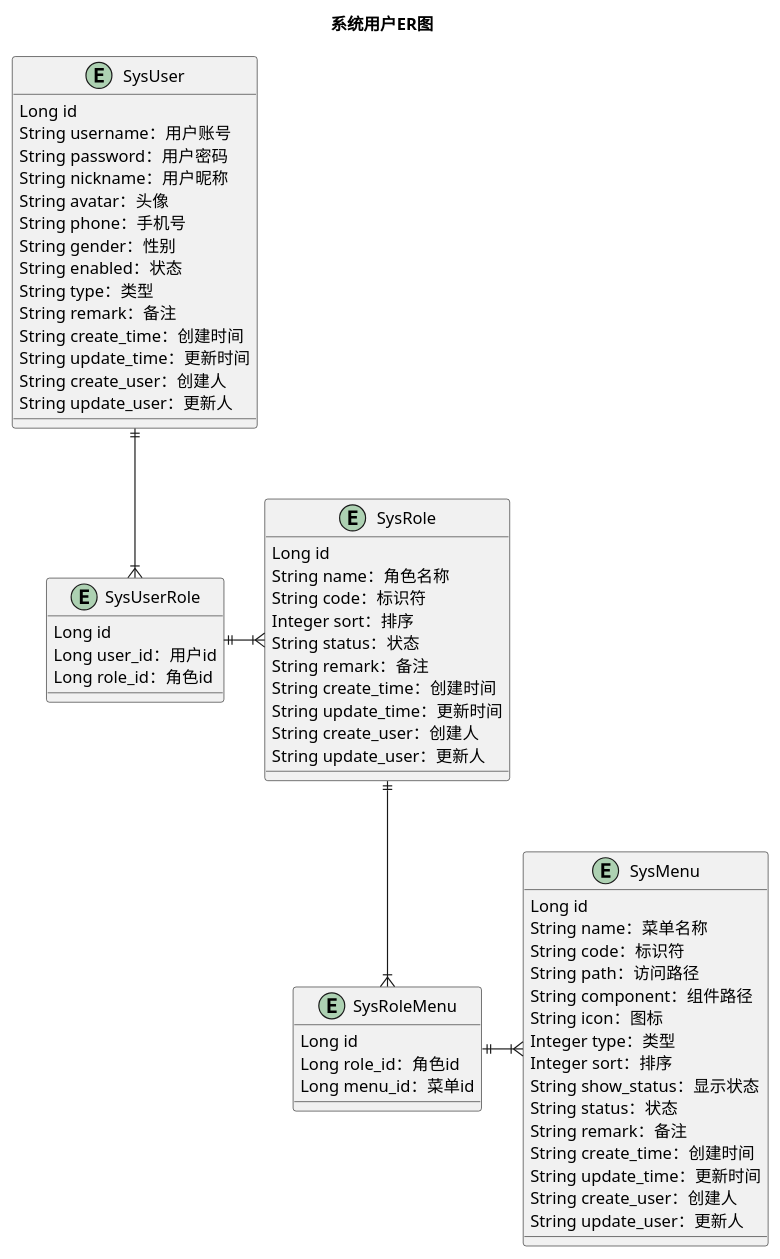
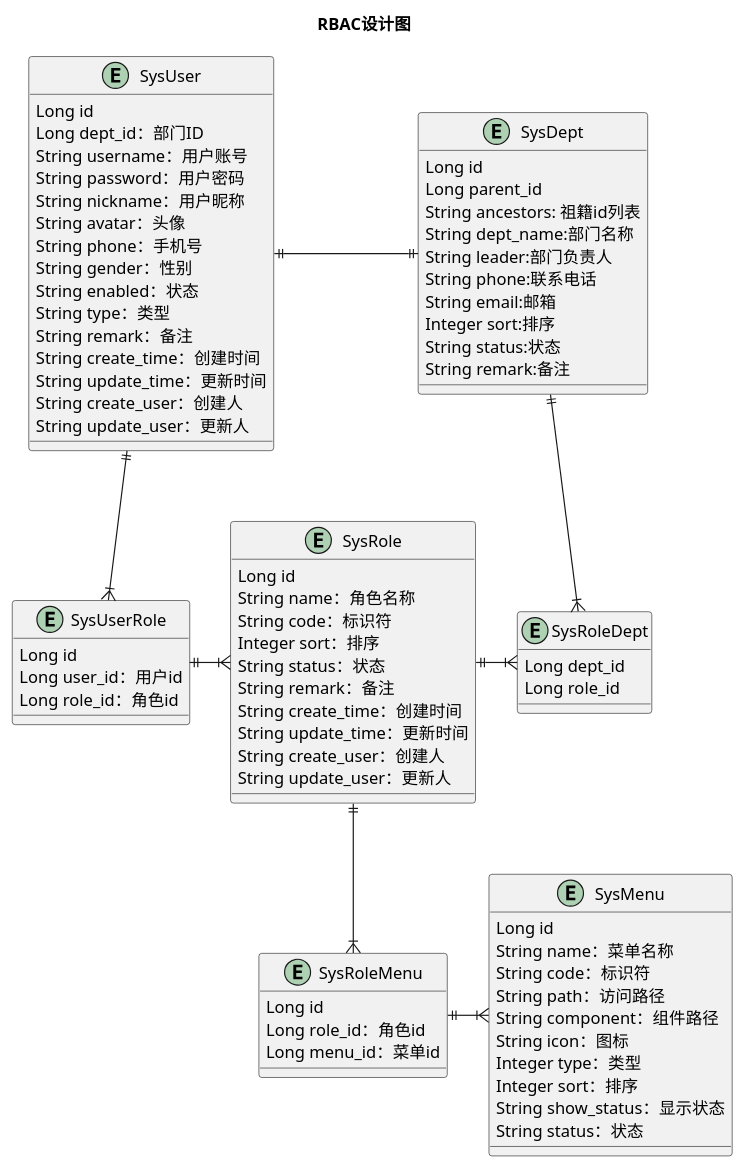
The diagram in docs/SysUser/user.puml (modakai/forum), drawn with PlantUML before and after one commit.

Commit message:
doc：修改系统RBAC-UML设计图

```diff
--- a/docs/SysUser/user.puml
+++ b/docs/SysUser/user.puml
@@ -1,70 +1,89 @@
 @startuml
-title 系统用户ER图
+title RBAC设计图
 entity SysUser {
     Long id
+    Long dept_id：部门ID
     String username：用户账号
     String password：用户密码
     String nickname：用户昵称
     String avatar：头像
     String phone：手机号
     String gender：性别
     String enabled：状态
     String type：类型
     String remark：备注
     String create_time：创建时间
     String update_time：更新时间
     String create_user：创建人
     String update_user：更新人
 }
 
 ' 角色
 entity SysRole {
     Long id
     String name：角色名称
     String code：标识符
     Integer sort：排序
     String status：状态
     String remark：备注
     String create_time：创建时间
     String update_time：更新时间
     String create_user：创建人
     String update_user：更新人
 }
 ' 菜单
 entity SysMenu {
     Long id
     String name：菜单名称
     String code：标识符
     String path：访问路径
     String component：组件路径
     String icon：图标
     Integer type：类型
     Integer sort：排序
     String show_status：显示状态
     String status：状态
-    String remark：备注
-    String create_time：创建时间
-    String update_time：更新时间
-    String create_user：创建人
-    String update_user：更新人
 }
+
+entity SysDept {
+    Long id
+    Long parent_id
+    String ancestors: 祖籍id列表
+    String dept_name:部门名称
+    String leader:部门负责人
+    String phone:联系电话
+    String email:邮箱
+    Integer sort:排序
+    String status:状态
+    String remark:备注
+}
+
+
 ' 对应的中间表
 entity SysUserRole {
     Long id
     Long user_id：用户id
     Long role_id：角色id
 }
 entity SysRoleMenu {
     Long id
     Long role_id：角色id
     Long menu_id：菜单id
 }
+entity SysRoleDept {
+    Long dept_id
+    Long role_id
+}
+
 
 ' 对应关系
 SysUser ||--|{ SysUserRole
 SysUserRole ||-|{ SysRole
 SysRole ||--|{ SysRoleMenu
 SysRoleMenu ||-|{ SysMenu
+SysUser ||-|| SysDept
+SysDept ||-|{ SysRoleDept
+SysRole ||-|{ SysRoleDept
 
 }
 @enduml
```
